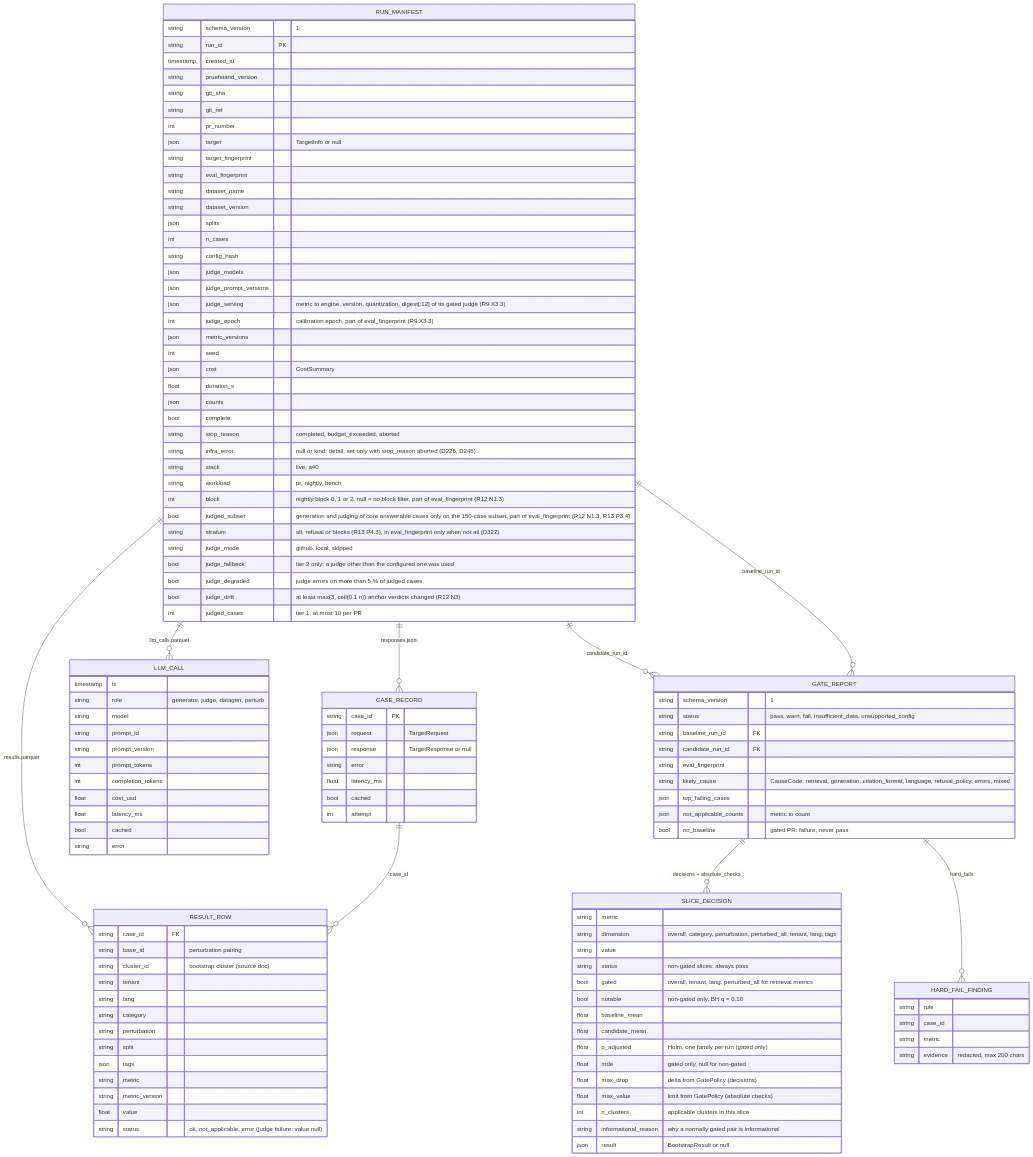
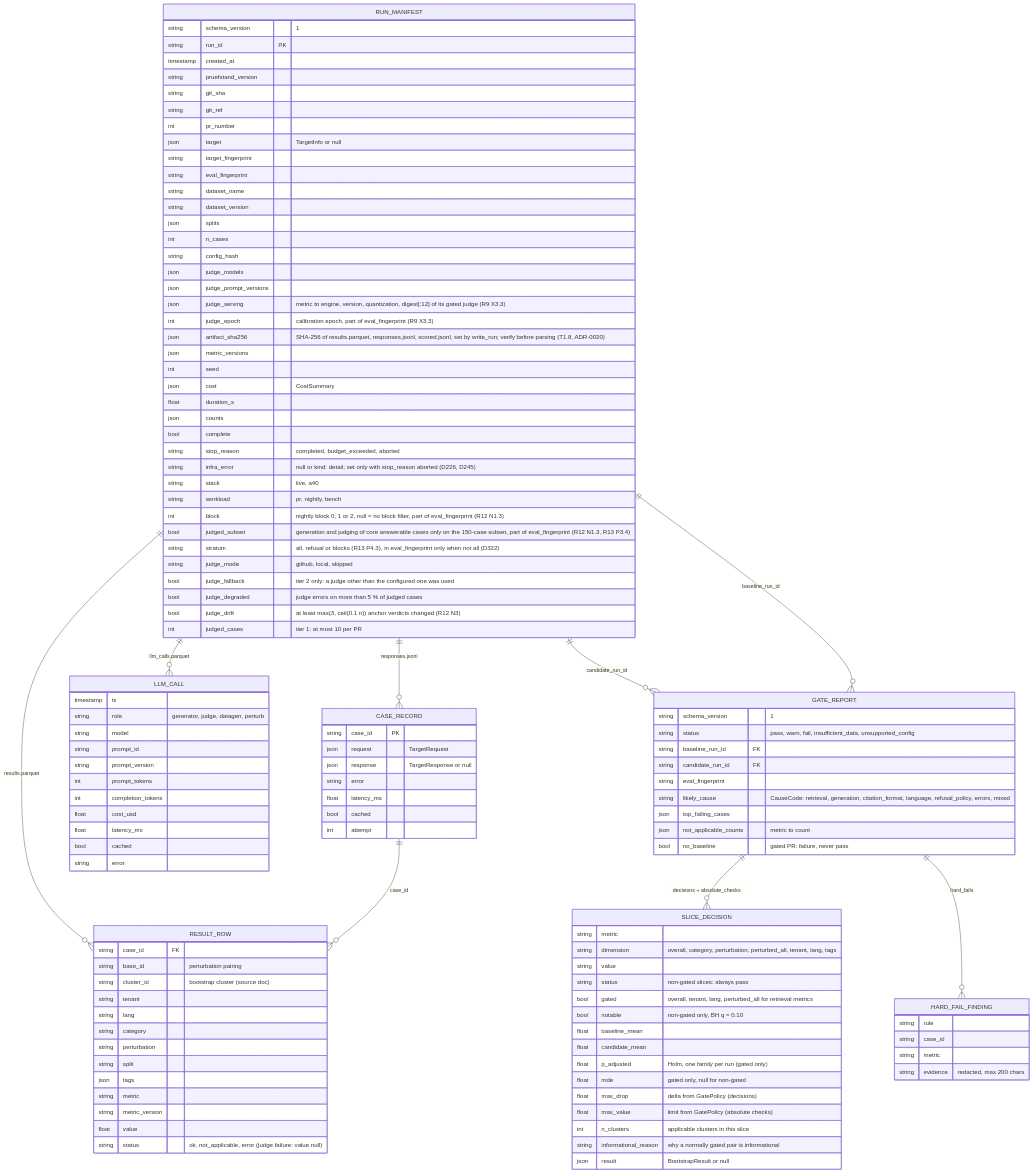
The first of 2 diagrams in docs/architecture/data-model.md (dheena18/pruefstand), drawn with Mermaid before and after one commit. The commit also changed other lines of this file and 48 other files, not shown here.

```diff
--- a/docs/architecture/data-model.md
+++ b/docs/architecture/data-model.md
@@ -36,6 +36,7 @@
         json judge_prompt_versions
         json judge_serving "metric to engine, version, quantization, digest[:12] of its gated judge (R9 X3.3)"
         int judge_epoch "calibration epoch, part of eval_fingerprint (R9 X3.3)"
+        json artifact_sha256 "SHA-256 of results.parquet, responses.jsonl, scored.jsonl, set by write_run; verify before parsing (T1.8, ADR-0020)"
         json metric_versions
         int seed
         json cost "CostSummary"
```
